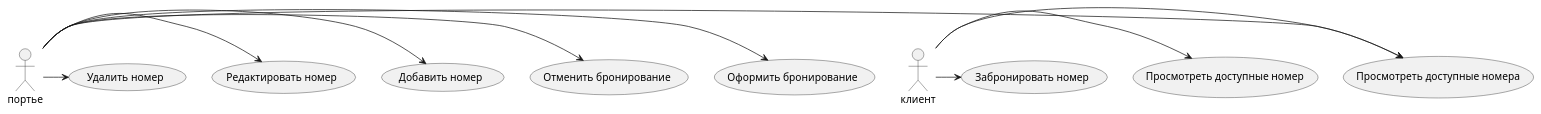
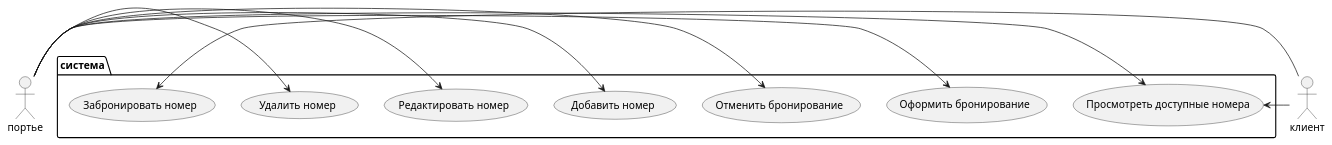
One commit to ryazanov7459-a11y/oteli changed the diagram in docs/1.puml. Above: the diagram before and after it, drawn with PlantUML. The commit also changed 2 other files, not shown here.

```diff
--- a/docs/1.puml
+++ b/docs/1.puml
@@ -1,11 +1,19 @@
 @startuml
+package "система" {
+usecase "Просмотреть доступные номера"
+usecase "Оформить бронирование"
+usecase "Отменить бронирование"
+usecase "Добавить номер"
+usecase "Редактировать номер"
+usecase "Удалить номер"
+usecase "Забронировать номер"
+}
 портье -> (Просмотреть доступные номера)
 клиент -> (Просмотреть доступные номера)
 портье -> (Оформить бронирование)
 портье -> (Отменить бронирование)
 портье -> (Добавить номер)
 портье -> (Редактировать номер)
 портье -> (Удалить номер)
-клиент -> (Просмотреть доступные номер)
 клиент -> (Забронировать номер)
 @enduml
```
